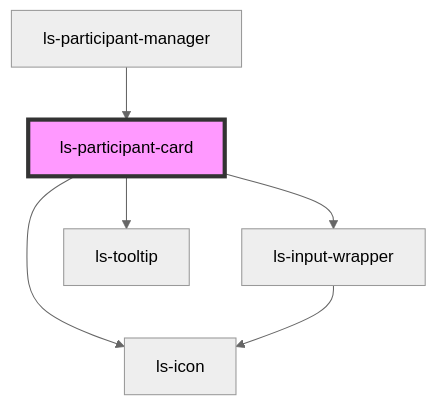
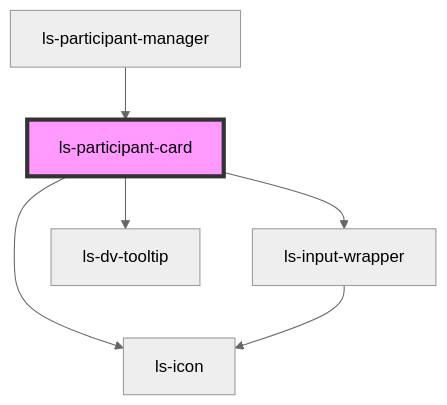
The diagram in src/components/ls-participant-card/readme.md (legalesign/ls-document-viewer), drawn with Mermaid (neutral theme) before and after one commit. The commit also changed other lines of this file and 72 other files, not shown here.

````diff
--- a/src/components/ls-participant-card/readme.md
+++ b/src/components/ls-participant-card/readme.md
@@ -40,9 +43,9 @@
 ```mermaid
 graph TD;
   ls-participant-card --> ls-icon
   ls-participant-card --> ls-input-wrapper
-  ls-participant-card --> ls-tooltip
+  ls-participant-card --> ls-dv-tooltip
   ls-input-wrapper --> ls-icon
   ls-participant-manager --> ls-participant-card
   style ls-participant-card fill:#f9f,stroke:#333,stroke-width:4px
 ```
````
